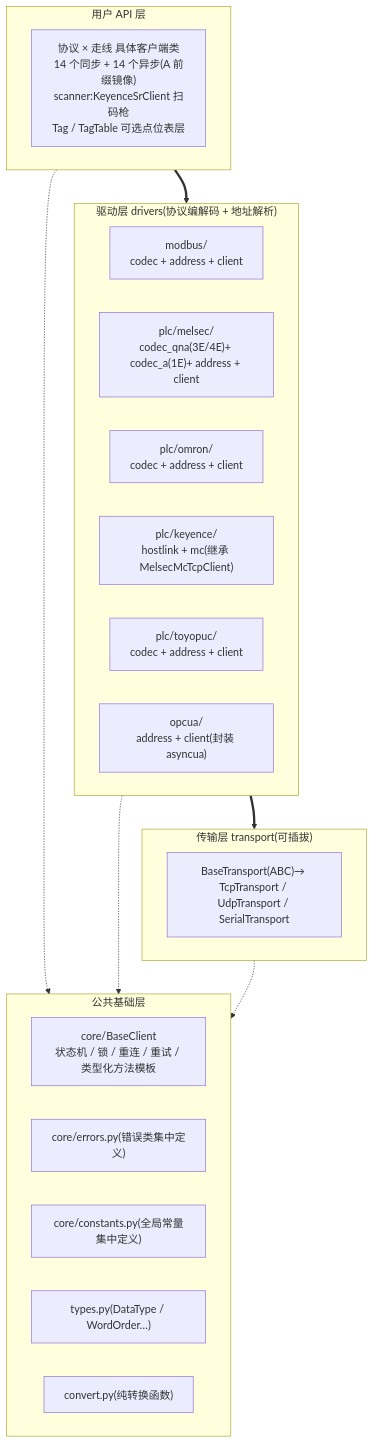
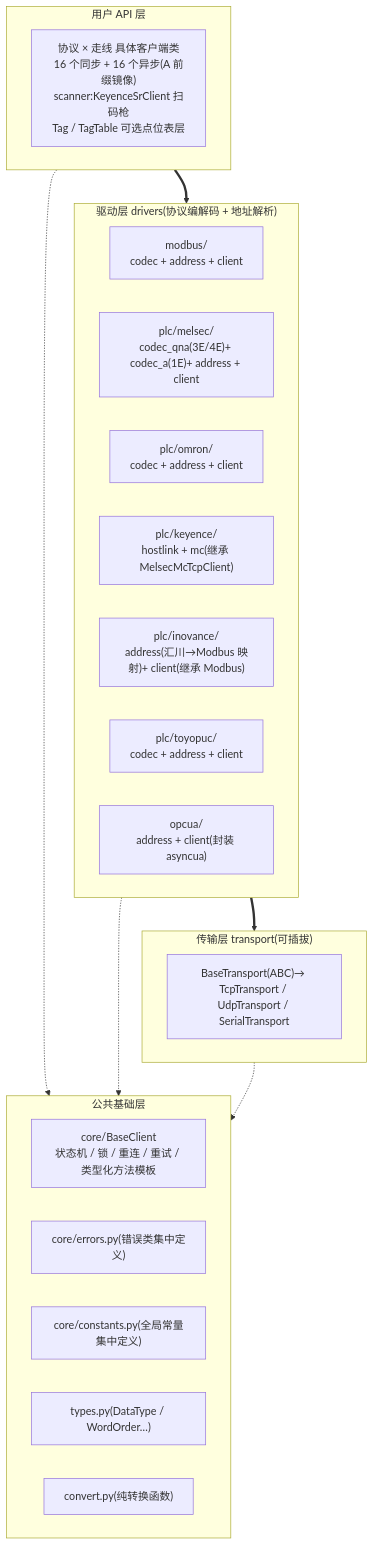
One commit to yunluo/omniplc changed the first of 3 diagrams in docs/architecture.md. Above: the diagram before and after it, drawn with Mermaid. The commit also changed other lines of this file and 9 other files, not shown here.

````diff
--- a/docs/architecture.md
+++ b/docs/architecture.md
@@ -13,30 +13,31 @@
 ```mermaid
 flowchart TB
     subgraph UserApi["用户 API 层"]
-        Clients["协议 × 走线 具体客户端类<br/>14 个同步 + 14 个异步(A 前缀镜像)<br/>scanner:KeyenceSrClient 扫码枪<br/>Tag / TagTable 可选点位表层"]
+        Clients["协议 × 走线 具体客户端类<br/>16 个同步 + 16 个异步(A 前缀镜像)<br/>scanner:KeyenceSrClient 扫码枪<br/>Tag / TagTable 可选点位表层"]
     end
     subgraph Drivers["驱动层 drivers(协议编解码 + 地址解析)"]
         Modbus["modbus/<br/>codec + address + client"]
         Melsec["plc/melsec/<br/>codec_qna(3E/4E)+ codec_a(1E)+ address + client"]
         Omron["plc/omron/<br/>codec + address + client"]
         Keyence["plc/keyence/<br/>hostlink + mc(继承 MelsecMcTcpClient)"]
+        InovanceD["plc/inovance/<br/>address(汇川→Modbus 映射)+ client(继承 Modbus)"]
         Toyopuc["plc/toyopuc/<br/>codec + address + client"]
         Opcua["opcua/<br/>address + client(封装 asyncua)"]
     end
     subgraph TransportLayer["传输层 transport(可插拔)"]
         TransportList["BaseTransport(ABC)→ TcpTransport / UdpTransport / SerialTransport"]
     end
     subgraph CoreLayer["公共基础层"]
         BaseClientC["core/BaseClient<br/>状态机 / 锁 / 重连 / 重试 / 类型化方法模板"]
         Errors["core/errors.py(错误类集中定义)"]
         Constants["core/constants.py(全局常量集中定义)"]
         TypesC["types.py(DataType / WordOrder…)"]
         ConvertC["convert.py(纯转换函数)"]
     end
 
     UserApi ==> Drivers
     Drivers ==> TransportLayer
     UserApi -.-> CoreLayer
     Drivers -.-> CoreLayer
     TransportLayer -.-> CoreLayer
 ```
````
